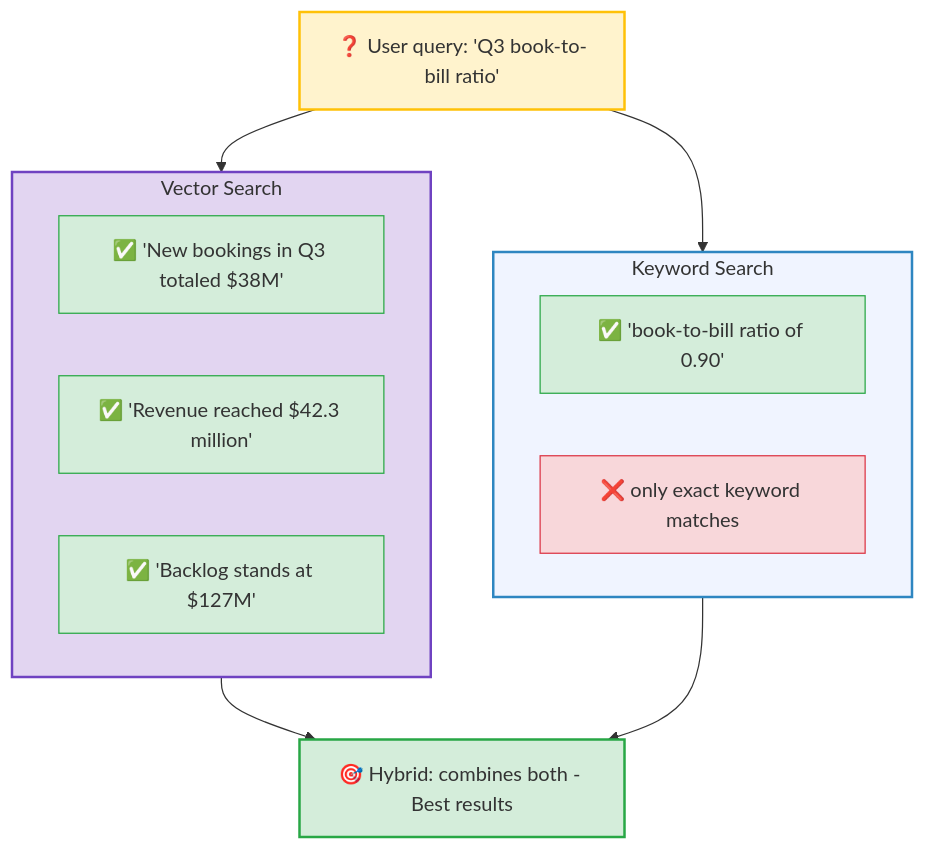
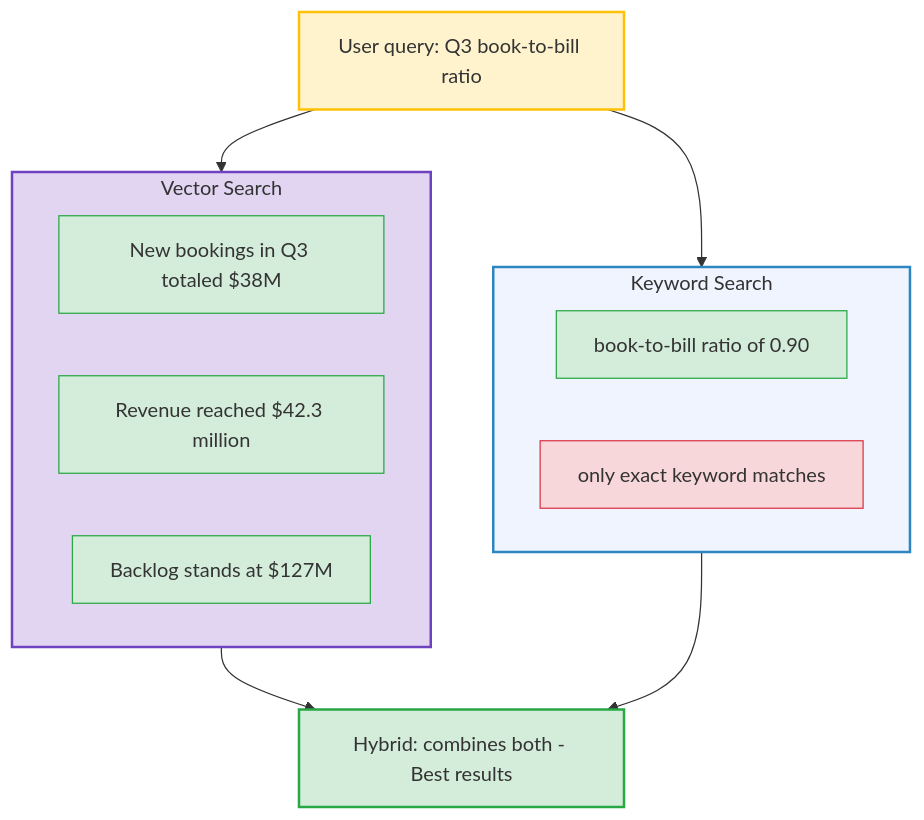
Before and after one commit to ithinktavo/GenAI-Engineering-Handbook: the sixth of 10 diagrams in docs/04-rag-deep-dive.md, drawn with Mermaid. The commit also changed other lines of this file and 10 other files, not shown here.

Commit message:
Diagram updates

````diff
--- a/docs/04-rag-deep-dive.md
+++ b/docs/04-rag-deep-dive.md
@@ -293,31 +293,31 @@
 ```mermaid
 graph TD
-    Q["❓ User query: 'Q3 book-to-bill ratio'"]
+    Q["User query: Q3 book-to-bill ratio"]
 
     Q --> VS
     Q --> KS
 
     subgraph VS["Vector Search"]
-        V1["✅ 'New bookings in Q3 totaled $38M'"]
-        V2["✅ 'Revenue reached $42.3 million'"]
-        V3["✅ 'Backlog stands at $127M'"]
+        V1["New bookings in Q3 totaled $38M"]
+        V2["Revenue reached $42.3 million"]
+        V3["Backlog stands at $127M"]
     end
 
     subgraph KS["Keyword Search"]
-        K1["✅ 'book-to-bill ratio of 0.90'"]
-        K2["❌ only exact keyword matches"]
+        K1["book-to-bill ratio of 0.90"]
+        K2["only exact keyword matches"]
     end
 
-    VS --> H["🎯 Hybrid: combines both - Best results"]
+    VS --> H["Hybrid: combines both - Best results"]
     KS --> H
 
     style Q fill:#fff3cd,stroke:#ffc107,stroke-width:2px
     style VS fill:#e2d5f1,stroke:#6f42c1,stroke-width:2px
     style KS fill:#f0f4ff,stroke:#2E86C1,stroke-width:2px
     style H fill:#d4edda,stroke:#28a745,stroke-width:2px
     style V1 fill:#d4edda,stroke:#28a745
     style V2 fill:#d4edda,stroke:#28a745
     style V3 fill:#d4edda,stroke:#28a745
     style K1 fill:#d4edda,stroke:#28a745
     style K2 fill:#f8d7da,stroke:#dc3545
 ```
````
